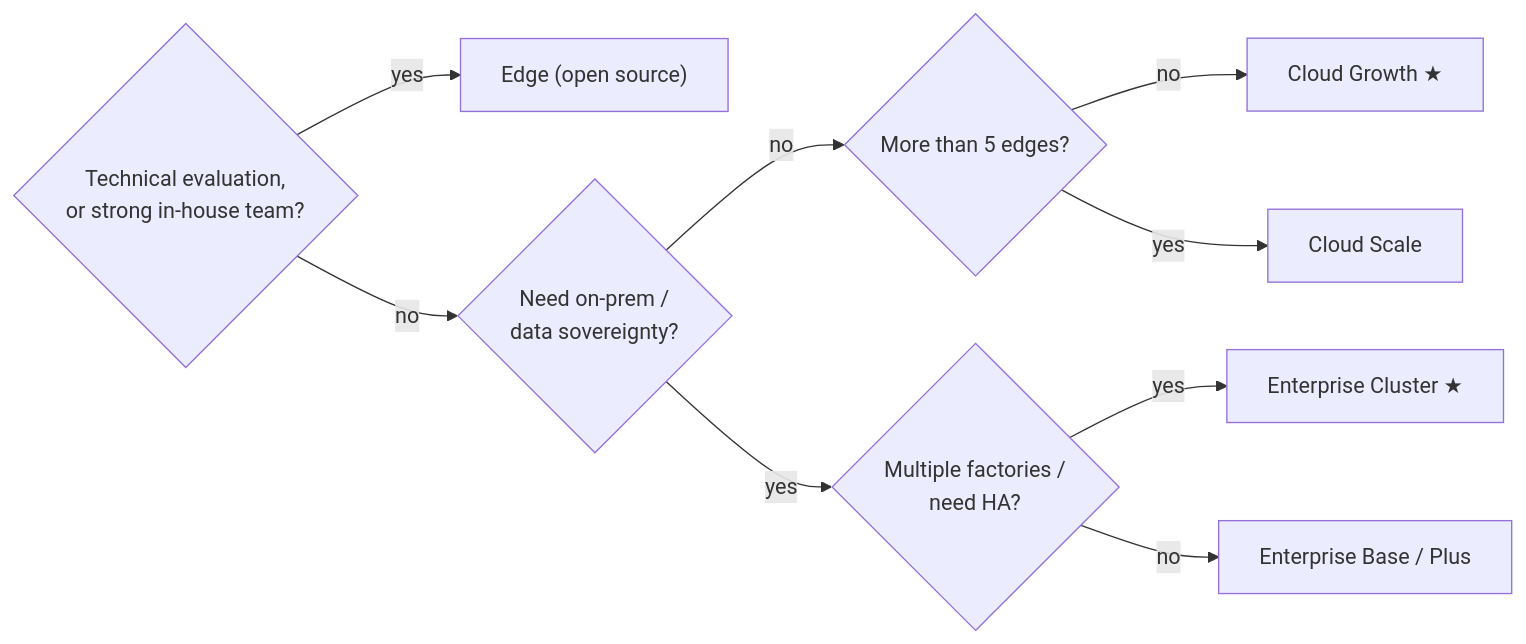
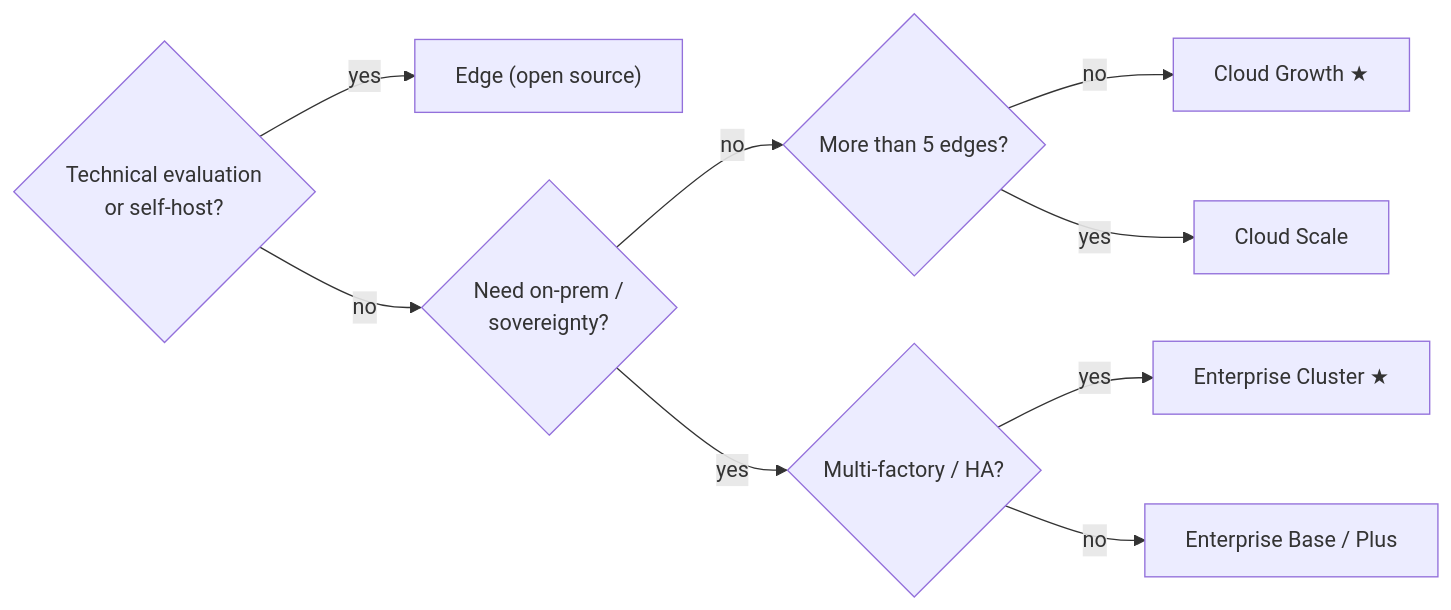
One commit to FREEZONEX/Tier0-docs-site changed the diagram in src/content/docs/get-started/choosing-version.mdx. Above: the diagram before and after it, drawn with Mermaid. The commit also changed other lines of this file and 5 other files, not shown here.

First line of the commit message:
Add collapsible sidebar and polish Mermaid/header chrome.

````diff
--- a/src/content/docs/get-started/choosing-version.mdx
+++ b/src/content/docs/get-started/choosing-version.mdx
@@ -119,12 +135,12 @@
 ```mermaid
 flowchart LR
-  q1{"Technical evaluation,<br/>or strong in-house team?"} -- "yes" --> edge["Edge (open source)"]
-  q1 -- "no" --> q2{"Need on-prem /<br/>data sovereignty?"}
+  q1{"Technical evaluation<br/>or self-host?"} -- "yes" --> edge["Edge (open source)"]
+  q1 -- "no" --> q2{"Need on-prem /<br/>sovereignty?"}
   q2 -- "no" --> q3{"More than 5 edges?"}
-  q2 -- "yes" --> q4{"Multiple factories /<br/>need HA?"}
+  q2 -- "yes" --> q4{"Multi-factory / HA?"}
   q3 -- "no" --> growth["Cloud Growth ★"]
   q3 -- "yes" --> scale["Cloud Scale"]
   q4 -- "yes" --> cluster["Enterprise Cluster ★"]
   q4 -- "no" --> baseplus["Enterprise Base / Plus"]
   class growth,cluster t0accent
 ```
````
